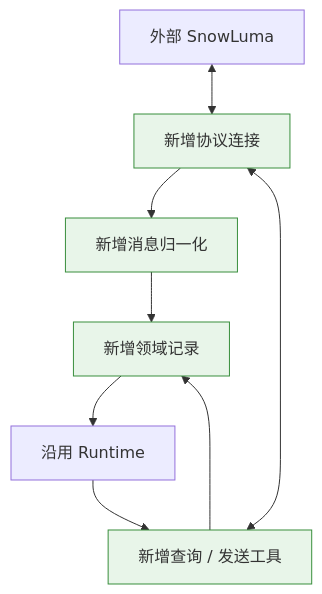
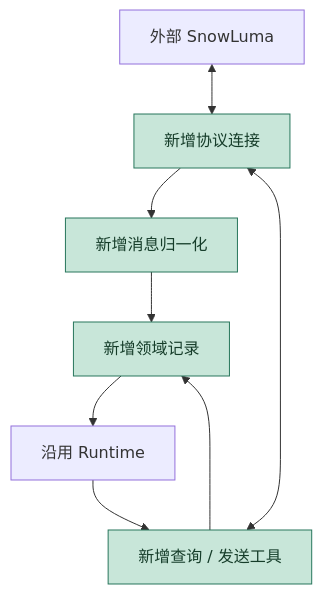
The second of 4 diagrams in docs/2026-10-11-M4.1进度与架构图.md (13776578253-glitch/1002bot), drawn with Mermaid before and after one commit. The commit also changed other lines of this file and 3 other files, not shown here.

````diff
--- a/docs/2026-10-11-M4.1进度与架构图.md
+++ b/docs/2026-10-11-M4.1进度与架构图.md
@@ -41,14 +42,12 @@
 ```mermaid
 flowchart TB
   B[外部 SnowLuma] <--> D[新增协议连接]
   D --> N[新增消息归一化]
   N --> J[新增领域记录]
   J --> R[沿用 Runtime]
   R --> T[新增查询 / 发送工具]
   T <--> D
   T --> J
-  style D fill:#e8f5e9,stroke:#388e3c
-  style N fill:#e8f5e9,stroke:#388e3c
-  style J fill:#e8f5e9,stroke:#388e3c
-  style T fill:#e8f5e9,stroke:#388e3c
+  classDef added fill:#c8e6d9,stroke:#28765c,color:#163d2a;
+  class D,N,J,T added;
 ```
````
